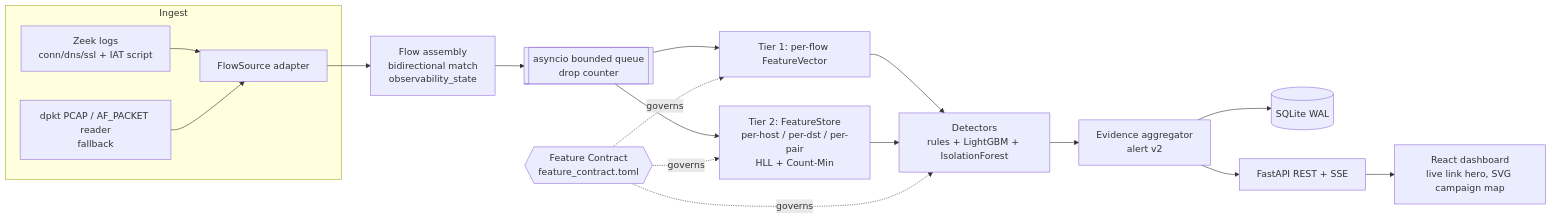
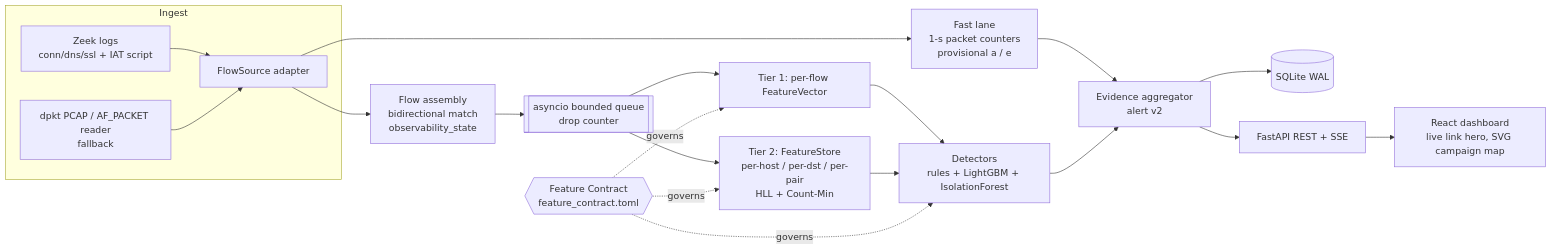
One commit to SIH-2026-CSM-A/26145 changed the diagram in docs/ARCHITECTURE.md. Above: the diagram before and after it, drawn with Mermaid. The commit also changed other lines of this file and 32 other files, not shown here.

First line of the commit message:
feat(fastlane): 1-s packet counters raise provisional flood and scan alerts

````diff
--- a/docs/ARCHITECTURE.md
+++ b/docs/ARCHITECTURE.md
@@ -37,19 +37,21 @@
 ```mermaid
 flowchart LR
     subgraph Ingest
       Z[Zeek logs<br/>conn/dns/ssl + IAT script] --> FS
       P[dpkt PCAP / AF_PACKET reader<br/>fallback] --> FS
       FS[FlowSource adapter]
     end
     FS --> FT[Flow assembly<br/>bidirectional match<br/>observability_state]
+    FS --> FL[Fast lane<br/>1-s packet counters<br/>provisional a / e]
+    FL --> A
     FT --> Q[[asyncio bounded queue<br/>drop counter]]
     Q --> T1[Tier 1: per-flow FeatureVector]
     Q --> T2[Tier 2: FeatureStore<br/>per-host / per-dst / per-pair<br/>HLL + Count-Min]
     T1 --> D[Detectors<br/>rules + LightGBM + IsolationForest]
     T2 --> D
     C{{Feature Contract<br/>feature_contract.toml}} -. governs .-> T1 & T2 & D
     D --> A[Evidence aggregator<br/>alert v2]
     A --> S[(SQLite WAL)]
     A --> API[FastAPI REST + SSE]
     API --> UI[React dashboard<br/>live link hero, SVG campaign map]
 ```
````
